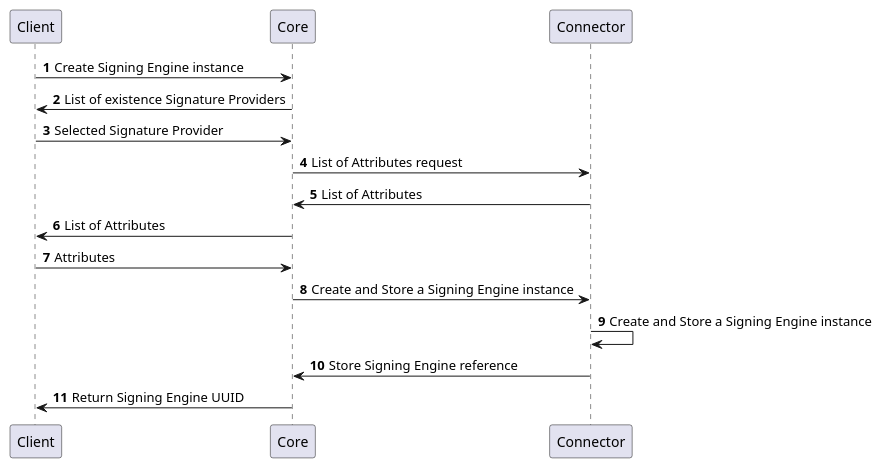
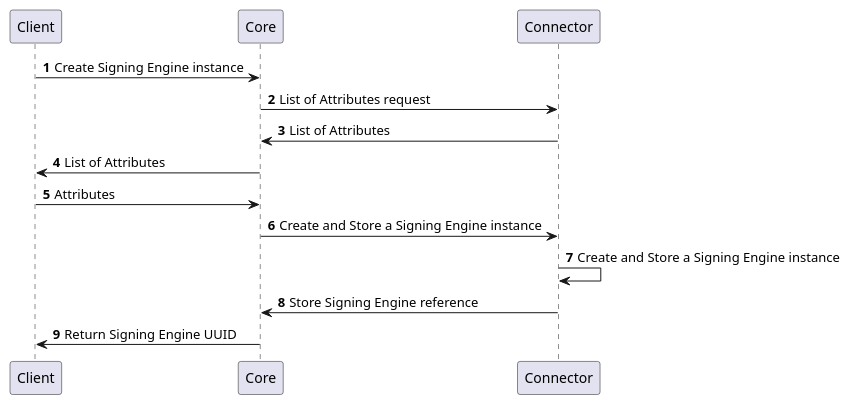
The first of 10 diagrams in docs/10-certificate-key/12-connectors/31-signature-provider.md (KaterinaBzatkova/CZERTAINLY-Documentation), drawn with PlantUML before and after one commit. The commit also changed other lines of this file, not shown here.

````diff
--- a/docs/10-certificate-key/12-connectors/31-signature-provider.md
+++ b/docs/10-certificate-key/12-connectors/31-signature-provider.md
@@ -60,17 +42,15 @@
 ```plantuml
     @startuml
     autonumber
     skinparam topurl https://docs.czertainly.com/api/
-        Client -> Core [[core-client-operations/#tag/v2-Client-Operations/operation/revokeCertificate]]: Create Signing Engine instance
-        Core -> Client [[connector-authority-provider-v2/#tag/Certificate-Management/operation/validateRevokeCertificateAttributes]]: List of existence Signature Providers
-        Client -> Core [[connector-authority-provider-v2/#tag/Certificate-Management/operation/validateRevokeCertificateAttributes]]: Selected Signature Provider 
+        Client -> Core : Create Signing Engine instance
         Core -> Connector: List of Attributes request 
         Connector -> Core: List of Attributes
         Core -> Client: List of Attributes
         Client -> Core [[connector-authority-provider-v2/#tag/Certificate-Management/operation/revokeCertificate]]: Attributes
         Core -> Connector: Create and Store a Signing Engine instance
         Connector -> Connector: Create and Store a Signing Engine instance
         Connector -> Core: Store Signing Engine reference 
         Core -> Client: Return Signing Engine UUID
     @enduml
 ```
````
